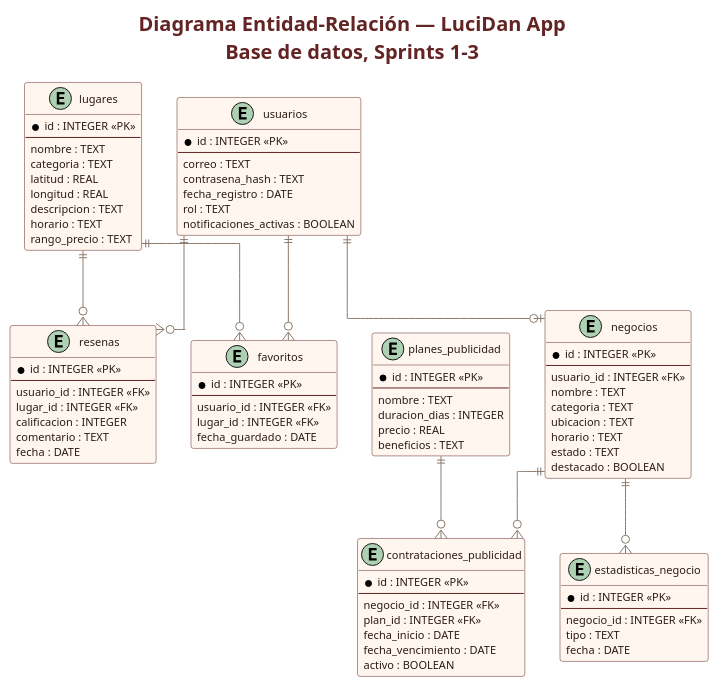
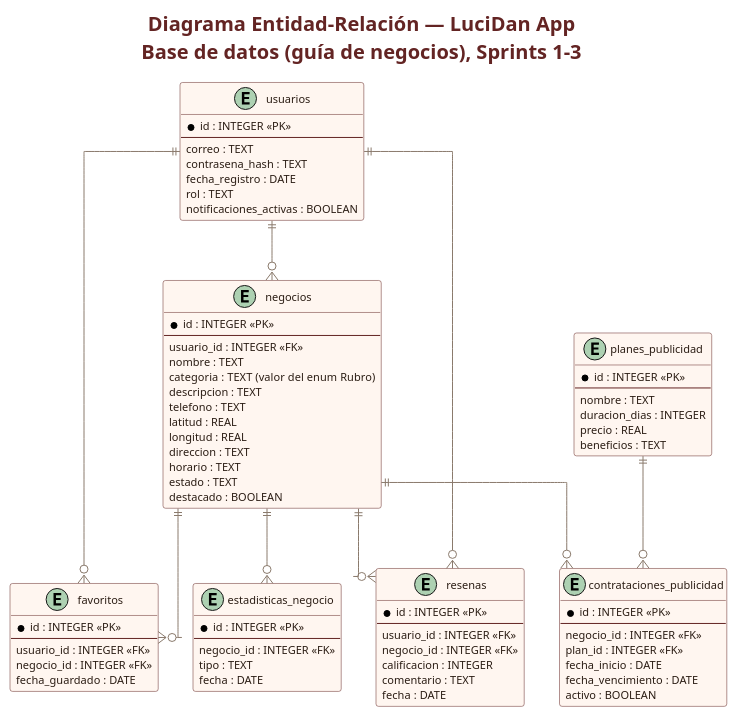
The diagram in diagrams/00b_Diagrama_Entidad_Relacion.puml (chelingo1994/LuciDan), drawn with PlantUML before and after one commit. The commit also changed 197 other files, not shown here.

```diff
--- a/diagrams/00b_Diagrama_Entidad_Relacion.puml
+++ b/diagrams/00b_Diagrama_Entidad_Relacion.puml
@@ -1,114 +1,106 @@
 @startuml
 
 skinparam backgroundColor white
 skinparam shadowing false
 skinparam defaultFontName Arial
 skinparam classFontColor #2B1D14
 skinparam classFontSize 13
 skinparam classBorderColor #632423
 skinparam classBackgroundColor #FFF6F0
 skinparam classAttributeFontColor #2B1D14
 skinparam classAttributeFontSize 11
 skinparam ArrowColor #8A7A6C
 skinparam ArrowFontColor #632423
 skinparam ArrowFontSize 11
 skinparam titleFontColor #632423
 skinparam titleFontSize 20
 skinparam titleFontStyle bold
 
 
 title
 Diagrama Entidad-Relación — LuciDan App
-Base de datos, Sprints 1-3
+Base de datos (guía de negocios), Sprints 1-3
 end title
 skinparam linetype ortho
 
 entity "usuarios" as usuarios {
   * id : INTEGER <<PK>>
   --
   correo : TEXT
   contrasena_hash : TEXT
   fecha_registro : DATE
   rol : TEXT
   notificaciones_activas : BOOLEAN
 }
 
-entity "lugares" as lugares {
+entity "negocios" as negocios {
   * id : INTEGER <<PK>>
   --
+  usuario_id : INTEGER <<FK>>
   nombre : TEXT
-  categoria : TEXT
+  categoria : TEXT  (valor del enum Rubro)
+  descripcion : TEXT
+  telefono : TEXT
   latitud : REAL
   longitud : REAL
-  descripcion : TEXT
+  direccion : TEXT
   horario : TEXT
-  rango_precio : TEXT
+  estado : TEXT
+  destacado : BOOLEAN
 }
 
 entity "resenas" as resenas {
   * id : INTEGER <<PK>>
   --
   usuario_id : INTEGER <<FK>>
-  lugar_id : INTEGER <<FK>>
+  negocio_id : INTEGER <<FK>>
   calificacion : INTEGER
   comentario : TEXT
   fecha : DATE
 }
 
 entity "favoritos" as favoritos {
   * id : INTEGER <<PK>>
   --
   usuario_id : INTEGER <<FK>>
-  lugar_id : INTEGER <<FK>>
+  negocio_id : INTEGER <<FK>>
   fecha_guardado : DATE
-}
-
-entity "negocios" as negocios {
-  * id : INTEGER <<PK>>
-  --
-  usuario_id : INTEGER <<FK>>
-  nombre : TEXT
-  categoria : TEXT
-  ubicacion : TEXT
-  horario : TEXT
-  estado : TEXT
-  destacado : BOOLEAN
 }
 
 entity "planes_publicidad" as planes {
   * id : INTEGER <<PK>>
   --
   nombre : TEXT
   duracion_dias : INTEGER
   precio : REAL
   beneficios : TEXT
 }
 
 entity "contrataciones_publicidad" as contrataciones {
   * id : INTEGER <<PK>>
   --
   negocio_id : INTEGER <<FK>>
   plan_id : INTEGER <<FK>>
   fecha_inicio : DATE
   fecha_vencimiento : DATE
   activo : BOOLEAN
 }
 
 entity "estadisticas_negocio" as estadisticas {
   * id : INTEGER <<PK>>
   --
   negocio_id : INTEGER <<FK>>
   tipo : TEXT
   fecha : DATE
 }
 
+usuarios ||--o{ negocios
 usuarios ||--o{ resenas
-lugares  ||--o{ resenas
+negocios ||--o{ resenas
 usuarios ||--o{ favoritos
-lugares  ||--o{ favoritos
-usuarios ||--o| negocios
+negocios ||--o{ favoritos
 negocios ||--o{ contrataciones
 planes   ||--o{ contrataciones
 negocios ||--o{ estadisticas
 
 @enduml
```
